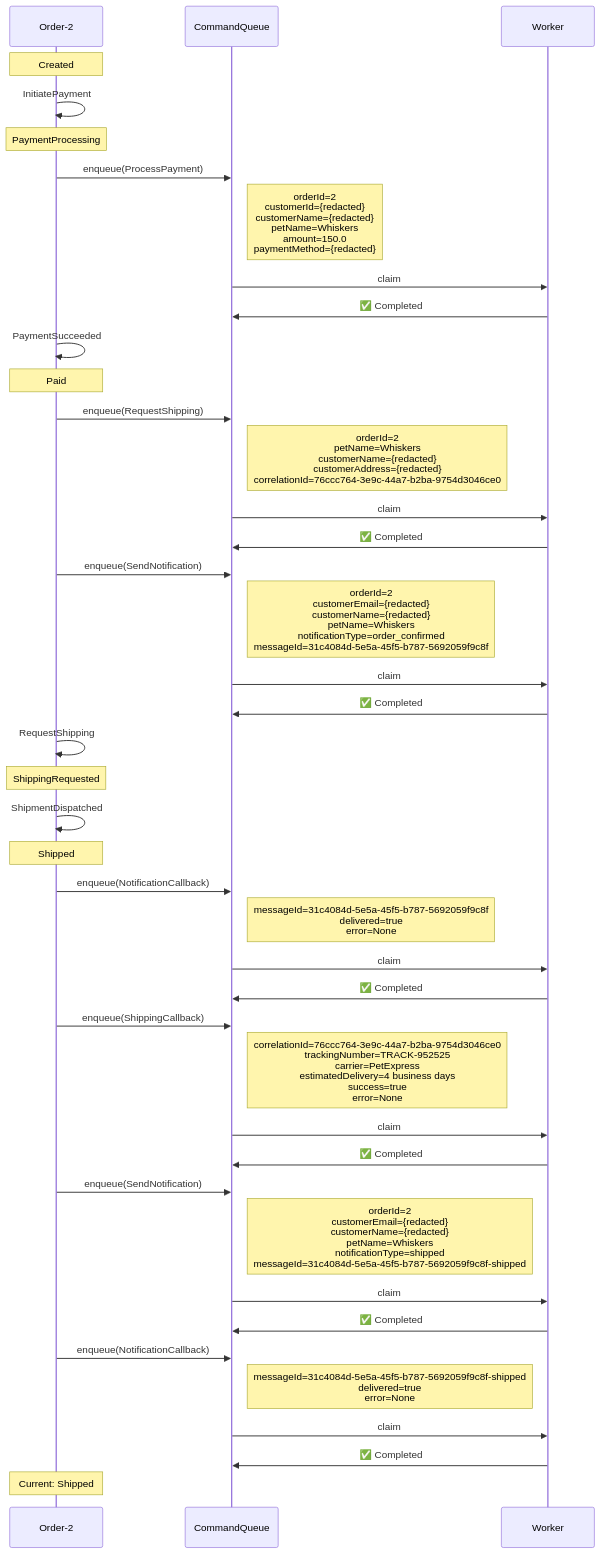
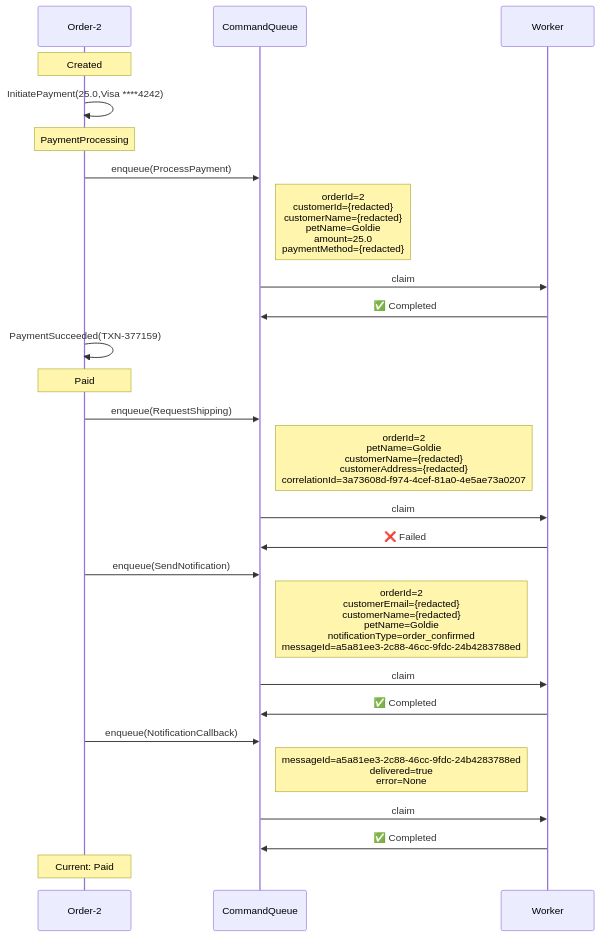
Before and after one commit to Iterable/mechanoid: the first of 3 diagrams in docs/visualizations/order-2-trace.md, drawn with Mermaid. The commit also changed other lines of this file and 33 other files, not shown here.

````diff
--- a/docs/visualizations/order-2-trace.md
+++ b/docs/visualizations/order-2-trace.md
@@ -11,46 +12,30 @@
 ```mermaid
 %%{init: {'themeCSS': '.noteText { text-align: left !important; }'}}%%
 sequenceDiagram
     participant FSM as Order-2
     participant CQ as CommandQueue
     participant W as Worker
 
     Note over FSM: Created
-    FSM->>FSM: InitiatePayment
+    FSM->>FSM: InitiatePayment(25.0,Visa ****4242)
     Note over FSM: PaymentProcessing
     FSM->>CQ: enqueue(ProcessPayment)
-    Note right of CQ: orderId=2<br/>customerId={redacted}<br/>customerName={redacted}<br/>petName=Whiskers<br/>amount=150.0<br/>paymentMethod={redacted}
+    Note right of CQ: orderId=2<br/>customerId={redacted}<br/>customerName={redacted}<br/>petName=Goldie<br/>amount=25.0<br/>paymentMethod={redacted}
     CQ->>W: claim
     W->>CQ: ✅ Completed
-    FSM->>FSM: PaymentSucceeded
+    FSM->>FSM: PaymentSucceeded(TXN-377159)
     Note over FSM: Paid
     FSM->>CQ: enqueue(RequestShipping)
-    Note right of CQ: orderId=2<br/>petName=Whiskers<br/>customerName={redacted}<br/>customerAddress={redacted}<br/>correlationId=76ccc764-3e9c-44a7-b2ba-9754d3046ce0
+    Note right of CQ: orderId=2<br/>petName=Goldie<br/>customerName={redacted}<br/>customerAddress={redacted}<br/>correlationId=3a73608d-f974-4cef-81a0-4e5ae73a0207
     CQ->>W: claim
-    W->>CQ: ✅ Completed
+    W->>CQ: ❌ Failed
     FSM->>CQ: enqueue(SendNotification)
-    Note right of CQ: orderId=2<br/>customerEmail={redacted}<br/>customerName={redacted}<br/>petName=Whiskers<br/>notificationType=order_confirmed<br/>messageId=31c4084d-5e5a-45f5-b787-5692059f9c8f
-    CQ->>W: claim
-    W->>CQ: ✅ Completed
-    FSM->>FSM: RequestShipping
-    Note over FSM: ShippingRequested
-    FSM->>FSM: ShipmentDispatched
-    Note over FSM: Shipped
-    FSM->>CQ: enqueue(NotificationCallback)
-    Note right of CQ: messageId=31c4084d-5e5a-45f5-b787-5692059f9c8f<br/>delivered=true<br/>error=None
-    CQ->>W: claim
-    W->>CQ: ✅ Completed
-    FSM->>CQ: enqueue(ShippingCallback)
-    Note right of CQ: correlationId=76ccc764-3e9c-44a7-b2ba-9754d3046ce0<br/>trackingNumber=TRACK-952525<br/>carrier=PetExpress<br/>estimatedDelivery=4 business days<br/>success=true<br/>error=None
-    CQ->>W: claim
-    W->>CQ: ✅ Completed
-    FSM->>CQ: enqueue(SendNotification)
-    Note right of CQ: orderId=2<br/>customerEmail={redacted}<br/>customerName={redacted}<br/>petName=Whiskers<br/>notificationType=shipped<br/>messageId=31c4084d-5e5a-45f5-b787-5692059f9c8f-shipped
+    Note right of CQ: orderId=2<br/>customerEmail={redacted}<br/>customerName={redacted}<br/>petName=Goldie<br/>notificationType=order_confirmed<br/>messageId=a5a81ee3-2c88-46cc-9fdc-24b4283788ed
     CQ->>W: claim
     W->>CQ: ✅ Completed
     FSM->>CQ: enqueue(NotificationCallback)
-    Note right of CQ: messageId=31c4084d-5e5a-45f5-b787-5692059f9c8f-shipped<br/>delivered=true<br/>error=None
+    Note right of CQ: messageId=a5a81ee3-2c88-46cc-9fdc-24b4283788ed<br/>delivered=true<br/>error=None
     CQ->>W: claim
     W->>CQ: ✅ Completed
-    Note over FSM: Current: Shipped
+    Note over FSM: Current: Paid
 ```
````
